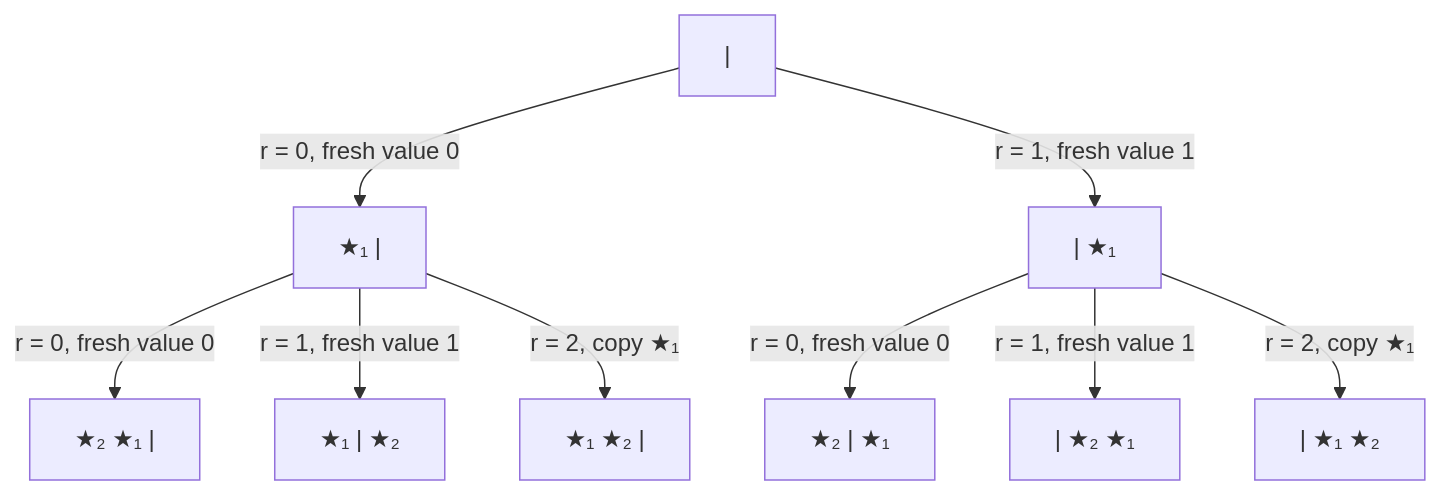
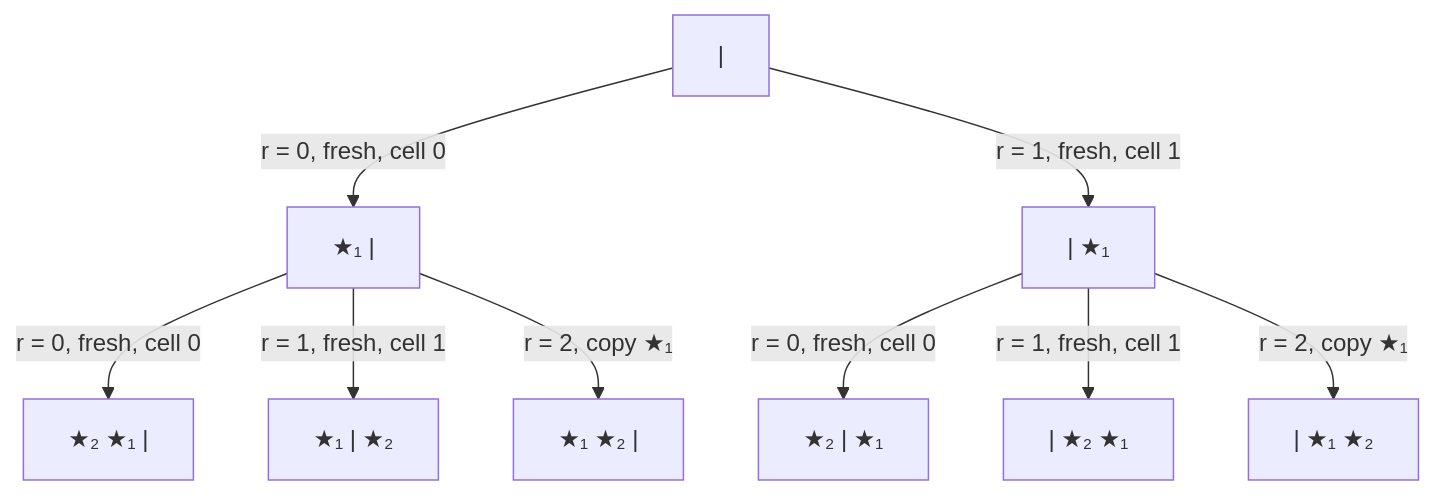
One commit to ciphergoth/sansreplace changed the diagram in cardchoose.md. Above: the diagram before and after it, drawn with Mermaid. The commit also changed other lines of this file and 1 other file, not shown here.

````diff
--- a/cardchoose.md
+++ b/cardchoose.md
@@ -122,12 +125,12 @@
 ```mermaid
 graph TD
     S["#124;"]
-    S -- "r = 0, fresh value 0" --> A["★₁ #124;"]
-    S -- "r = 1, fresh value 1" --> B["#124; ★₁"]
-    A -- "r = 0, fresh value 0" --> A0["★₂ ★₁ #124;"]
-    A -- "r = 1, fresh value 1" --> A1["★₁ #124; ★₂"]
+    S -- "r = 0, fresh, cell 0" --> A["★₁ #124;"]
+    S -- "r = 1, fresh, cell 1" --> B["#124; ★₁"]
+    A -- "r = 0, fresh, cell 0" --> A0["★₂ ★₁ #124;"]
+    A -- "r = 1, fresh, cell 1" --> A1["★₁ #124; ★₂"]
     A -- "r = 2, copy ★₁" --> A2["★₁ ★₂ #124;"]
-    B -- "r = 0, fresh value 0" --> B0["★₂ #124; ★₁"]
-    B -- "r = 1, fresh value 1" --> B1["#124; ★₂ ★₁"]
+    B -- "r = 0, fresh, cell 0" --> B0["★₂ #124; ★₁"]
+    B -- "r = 1, fresh, cell 1" --> B1["#124; ★₂ ★₁"]
     B -- "r = 2, copy ★₁" --> B2["#124; ★₁ ★₂"]
 ```
````
